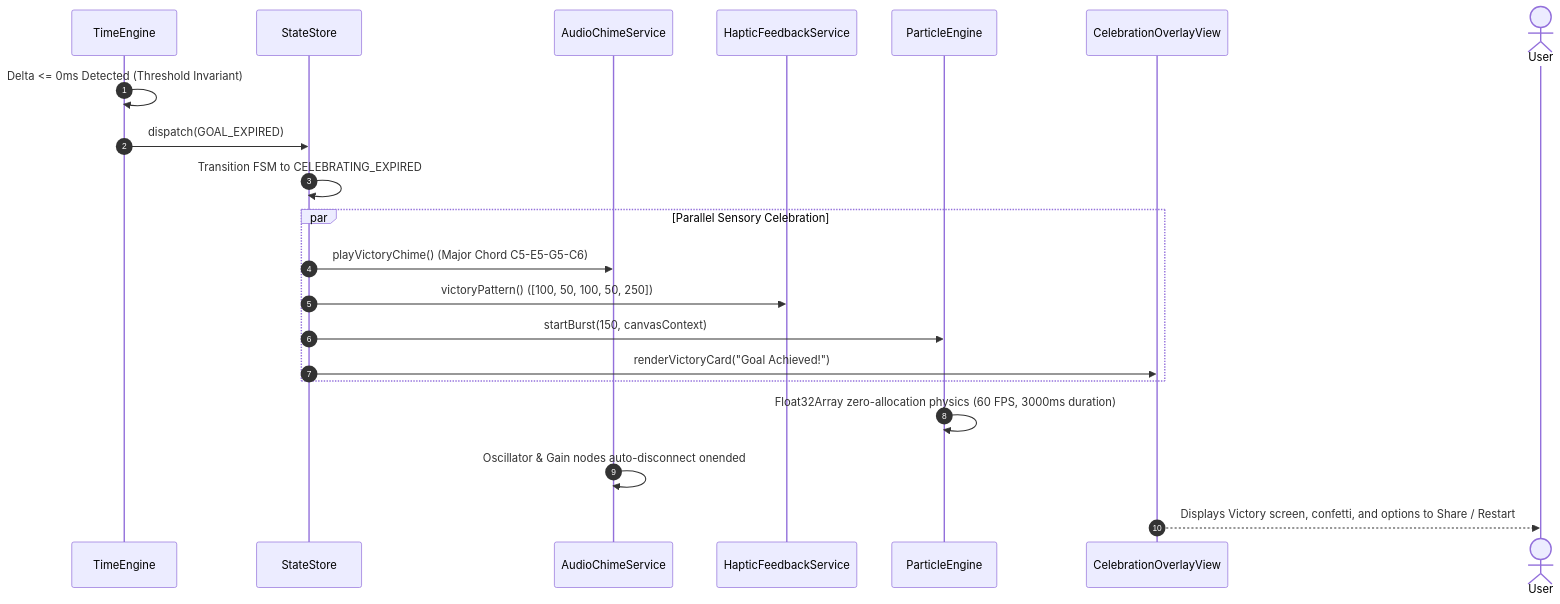
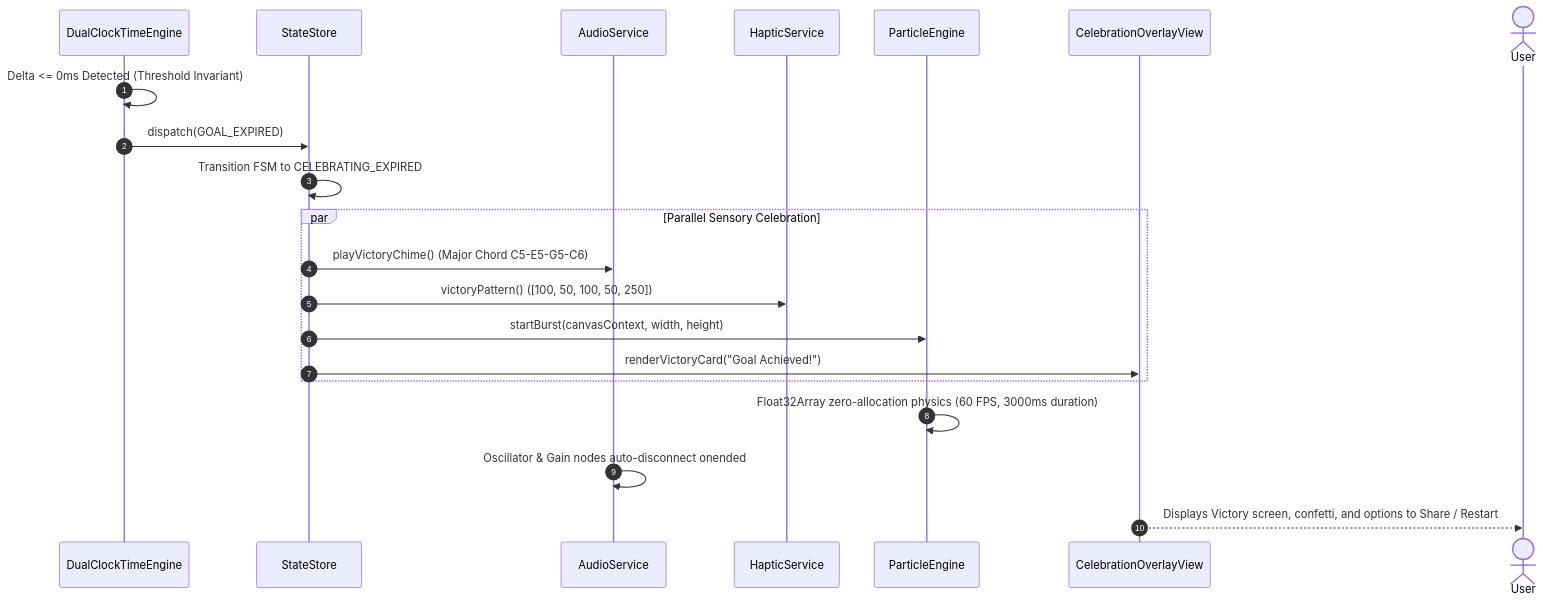
One commit to piyushmakhija28/countdown-lockscreen-challenge changed the sixth of 10 diagrams in docs/lld/02-dynamic-interaction-sequences.md. Above: the diagram before and after it, drawn with Mermaid. The commit also changed other lines of this file and 33 other files, not shown here.

Commit message:
docs(audit): remediate all forensic architectural, mathematical, and code blueprint defects to Level 2.2 standard

````diff
--- a/docs/lld/02-dynamic-interaction-sequences.md
+++ b/docs/lld/02-dynamic-interaction-sequences.md
@@ -149,24 +150,24 @@
 ```mermaid
 sequenceDiagram
     autonumber
-    participant Ticker as TimeEngine
+    participant Ticker as DualClockTimeEngine
     participant Store as StateStore
-    participant Audio as AudioChimeService
-    participant Haptic as HapticFeedbackService
+    participant Audio as AudioService
+    participant Haptic as HapticService
     participant Particle as ParticleEngine
     participant View as CelebrationOverlayView
     actor User as User
 
     Ticker->>Ticker: Delta <= 0ms Detected (Threshold Invariant)
     Ticker->>Store: dispatch(GOAL_EXPIRED)
     Store->>Store: Transition FSM to CELEBRATING_EXPIRED
     par Parallel Sensory Celebration
         Store->>Audio: playVictoryChime() (Major Chord C5-E5-G5-C6)
         Store->>Haptic: victoryPattern() ([100, 50, 100, 50, 250])
-        Store->>Particle: startBurst(150, canvasContext)
+        Store->>Particle: startBurst(canvasContext, width, height)
         Store->>View: renderVictoryCard("Goal Achieved!")
     end
     Particle->>Particle: Float32Array zero-allocation physics (60 FPS, 3000ms duration)
     Audio->>Audio: Oscillator & Gain nodes auto-disconnect onended
     View-->>User: Displays Victory screen, confetti, and options to Share / Restart
 ```
````
